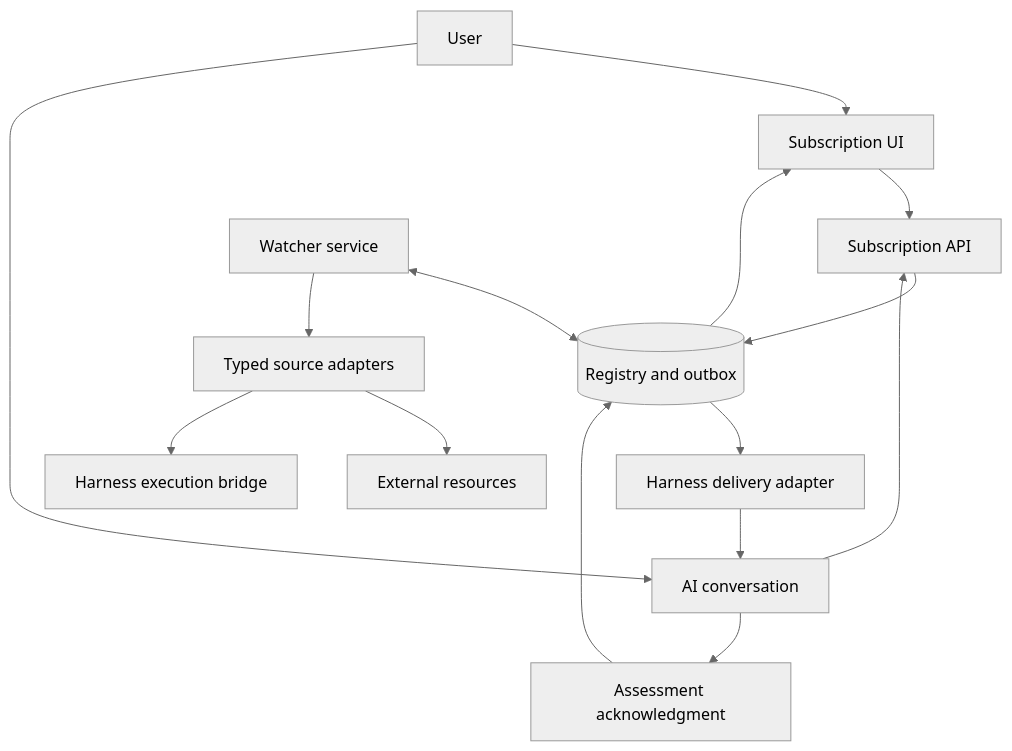
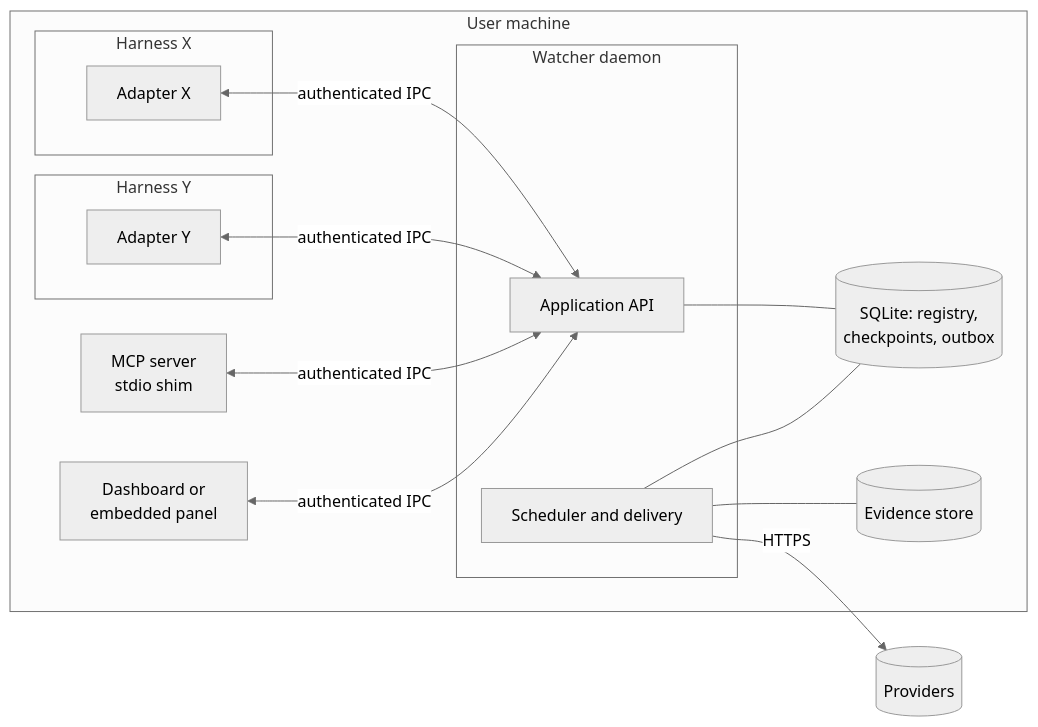
The second of 9 diagrams in docs/architecture.md (cschneider/session-source-watcher), drawn with Mermaid (neutral theme) before and after one commit. The commit also changed other lines of this file and 3 other files, not shown here.

Commit message:
docs: expand architecture, add session interaction guide and diagrams

````diff
--- a/docs/architecture.md
+++ b/docs/architecture.md
@@ -19,17 +71,27 @@
 ```mermaid
-flowchart TB
-    User[User] --> UI[Subscription UI]
-    User --> Session[AI conversation]
-    UI --> API[Subscription API]
-    Session --> API
-    API --> Store[(Registry and outbox)]
-    Engine[Watcher service] <--> Store
-    Engine --> Sources[Typed source adapters]
-    Sources --> Providers[External resources]
-    Sources --> Bridge[Harness execution bridge]
-    Store --> Delivery[Harness delivery adapter]
-    Delivery --> Session
-    Session --> Ack[Assessment acknowledgment]
-    Ack --> Store
-    Store --> UI
+flowchart LR
+    subgraph Machine[User machine]
+        subgraph HX[Harness X]
+            AX[Adapter X]
+        end
+        subgraph HY[Harness Y]
+            AY[Adapter Y]
+        end
+        MCP[MCP server<br/>stdio shim]
+        UI[Dashboard or<br/>embedded panel]
+        subgraph Daemon[Watcher daemon]
+            API[Application API]
+            SVC[Scheduler and delivery]
+        end
+        DB[(SQLite: registry,<br/>checkpoints, outbox)]
+        EV[(Evidence store)]
+    end
+    AX <-->|authenticated IPC| API
+    AY <-->|authenticated IPC| API
+    MCP <-->|authenticated IPC| API
+    UI <-->|authenticated IPC| API
+    API --- DB
+    SVC --- DB
+    SVC --- EV
+    SVC -->|HTTPS| Ext[(Providers)]
 ```
````
